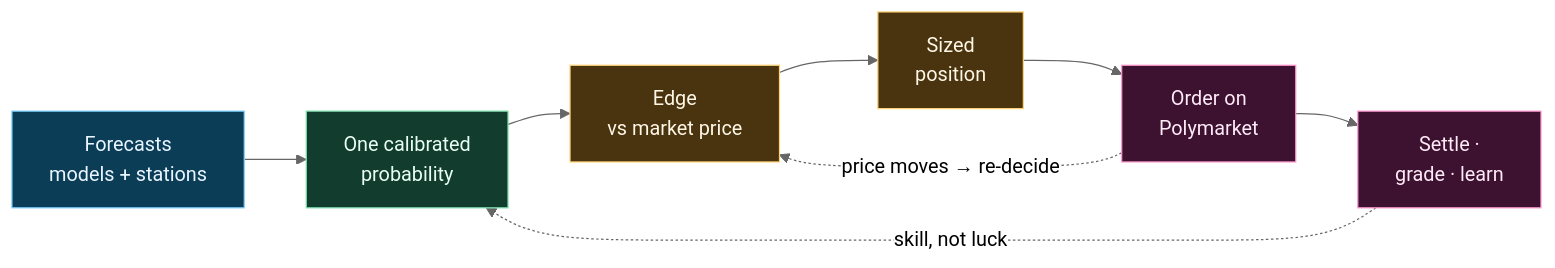
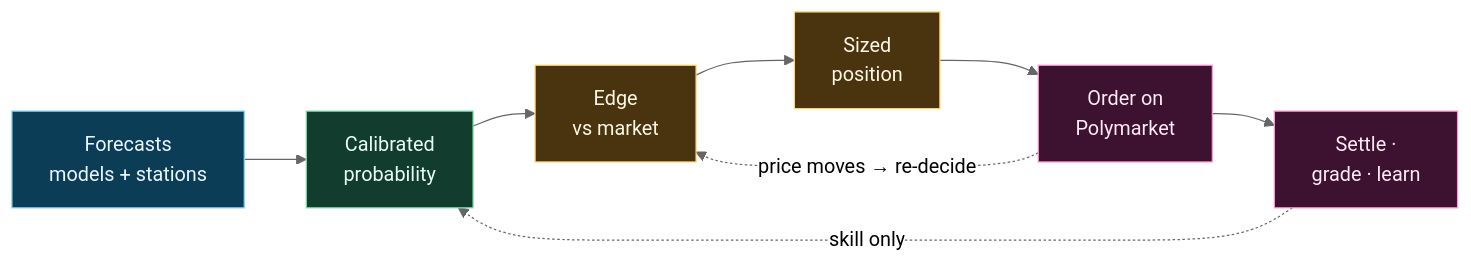
The diagram in README.md (fitz-s/zeus), drawn with Mermaid (neutral theme) before and after one commit. The commit also changed other lines of this file, not shown here.

First line of the commit message:
docs(readme): rewrite dry and scannable — documentation, not an essay

````diff
--- a/README.md
+++ b/README.md
@@ -16,14 +10,14 @@
 ```mermaid
 flowchart LR
-    A["Forecasts<br/>models + stations"]:::a --> B["One calibrated<br/>probability"]:::b
-    B --> C["Edge<br/>vs market price"]:::c
+    A["Forecasts<br/>models + stations"]:::a --> B["Calibrated<br/>probability"]:::b
+    B --> C["Edge<br/>vs market"]:::c
     C --> D["Sized<br/>position"]:::c
     D --> E["Order on<br/>Polymarket"]:::d
     E --> F["Settle ·<br/>grade · learn"]:::d
-    F -. "skill, not luck" .-> B
+    F -. "skill only" .-> B
     E -. "price moves → re-decide" .-> C
     classDef a fill:#0b3d57,stroke:#7fd1ff,color:#eaf6ff;
     classDef b fill:#123d2e,stroke:#7fe0b0,color:#eafff4;
     classDef c fill:#4a3410,stroke:#ffd479,color:#fff7e6;
     classDef d fill:#3d1230,stroke:#ff9ad1,color:#ffeaf7;
 ```
````
